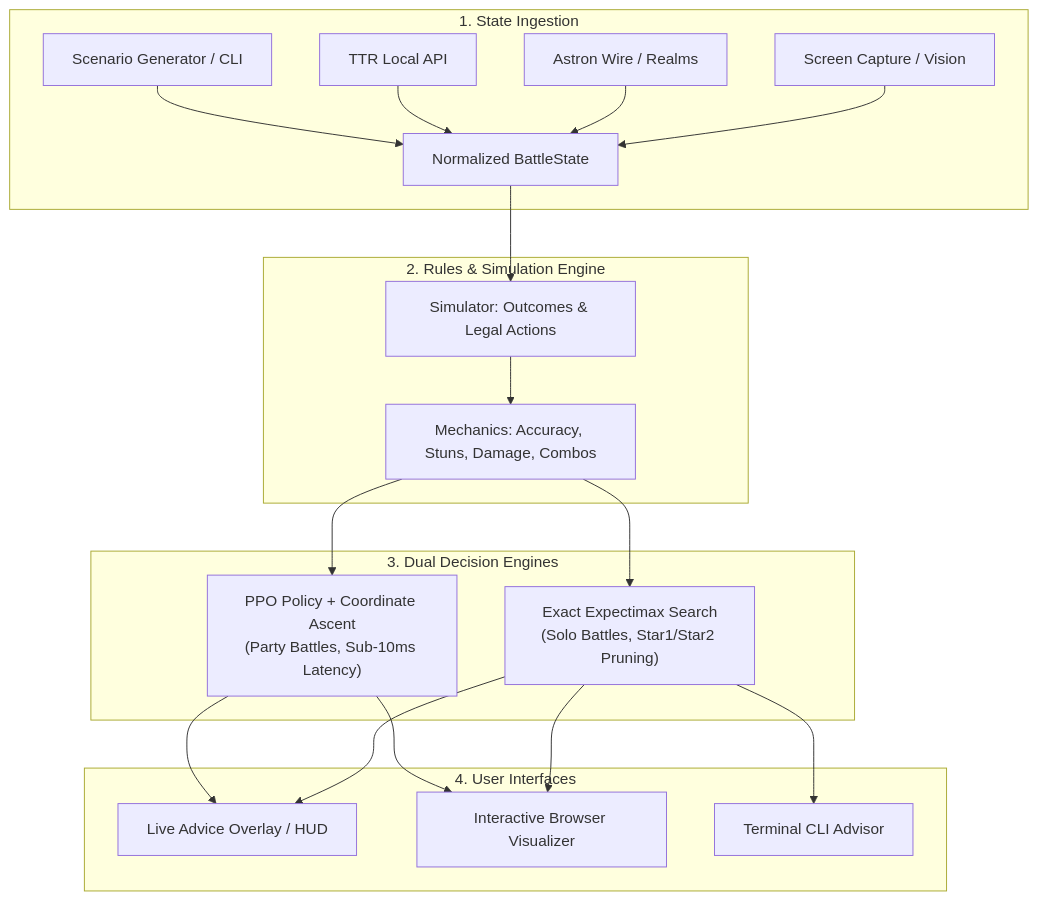
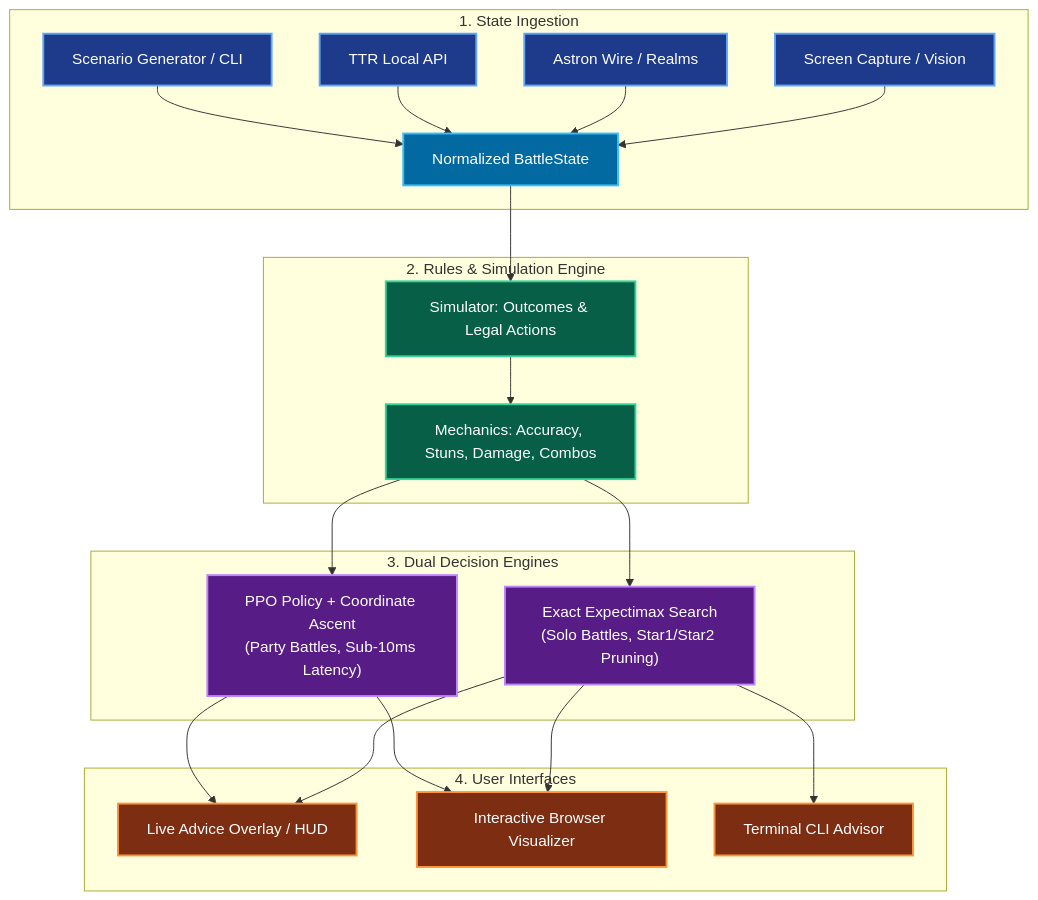
The first of 3 diagrams in README.md (Angle-Brackets/TTRSolver), drawn with Mermaid before and after one commit. The commit also changed other lines of this file and 7 other files, not shown here.

````diff
--- a/README.md
+++ b/README.md
@@ -28,27 +28,39 @@
 ```mermaid
 flowchart TD
+    classDef inputStyle fill:#1e3a8a,stroke:#60a5fa,stroke-width:2px,color:#ffffff
+    classDef stateStyle fill:#0369a1,stroke:#38bdf8,stroke-width:2px,color:#ffffff
+    classDef simStyle fill:#065f46,stroke:#34d399,stroke-width:2px,color:#ffffff
+    classDef engineStyle fill:#581c87,stroke:#c084fc,stroke-width:2px,color:#ffffff
+    classDef uiStyle fill:#7c2d12,stroke:#fb923c,stroke-width:2px,color:#ffffff
+
     subgraph Ingestion["1. State Ingestion"]
-        V[Screen Capture / Vision] --> BS[Normalized BattleState]
-        A[Astron Wire / Realms] --> BS
-        L[TTR Local API] --> BS
-        S[Scenario Generator / CLI] --> BS
+        V["Screen Capture / Vision"] --> BS["Normalized BattleState"]
+        A["Astron Wire / Realms"] --> BS
+        L["TTR Local API"] --> BS
+        S["Scenario Generator / CLI"] --> BS
     end
 
     subgraph Simulation["2. Rules & Simulation Engine"]
-        BS --> SIM[Simulator: Outcomes & Legal Actions]
-        SIM --> ACC[Mechanics: Accuracy, Stuns, Damage, Combos]
+        BS --> SIM["Simulator: Outcomes & Legal Actions"]
+        SIM --> ACC["Mechanics: Accuracy, Stuns, Damage, Combos"]
     end
 
     subgraph Engines["3. Dual Decision Engines"]
         ACC --> E1["Exact Expectimax Search<br/>(Solo Battles, Star1/Star2 Pruning)"]
         ACC --> E2["PPO Policy + Coordinate Ascent<br/>(Party Battles, Sub-10ms Latency)"]
     end
 
     subgraph Presentation["4. User Interfaces"]
-        E1 --> UI1[Live Advice Overlay / HUD]
+        E1 --> UI1["Live Advice Overlay / HUD"]
         E2 --> UI1
-        E1 --> UI2[Interactive Browser Visualizer]
+        E1 --> UI2["Interactive Browser Visualizer"]
         E2 --> UI2
-        E1 --> UI3[Terminal CLI Advisor]
+        E1 --> UI3["Terminal CLI Advisor"]
     end
+
+    class V,A,L,S inputStyle
+    class BS stateStyle
+    class SIM,ACC simStyle
+    class E1,E2 engineStyle
+    class UI1,UI2,UI3 uiStyle
 ```
````
